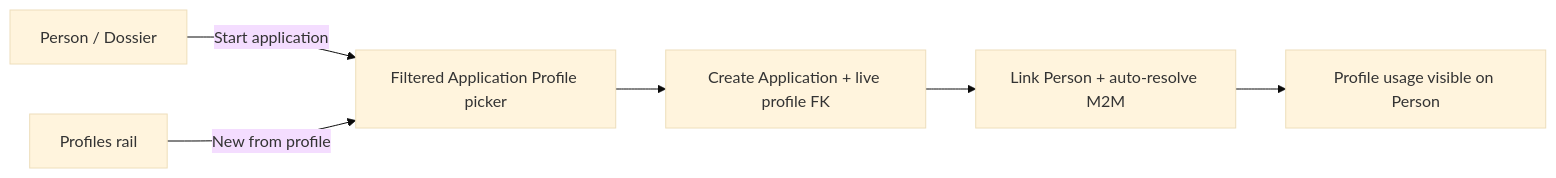
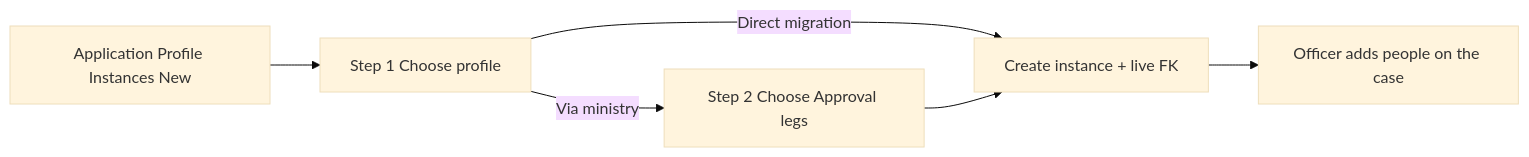
One commit to webapis/Visa2026 changed the second of 4 diagrams in docs/APPLICATION_PROFILE_PLAN.md. Above: the diagram before and after it, drawn with Mermaid (base theme). The commit also changed other lines of this file and 42 other files, not shown here.

First line of the commit message:
Color Case summary empty, default, and officer-filled fields and keep Edit dropdowns visible after save.

````diff
--- a/docs/APPLICATION_PROFILE_PLAN.md
+++ b/docs/APPLICATION_PROFILE_PLAN.md
@@ -286,8 +279,9 @@
 ```mermaid
 flowchart LR
-  P[Person / Dossier] -->|Start application| Pick[Filtered Application Profile picker]
-  Rail[Profiles rail] -->|New from profile| Pick
-  Pick --> App[Create Application + live profile FK]
-  App --> Link[Link Person + auto-resolve M2M]
-  Link --> Track[Profile usage visible on Person]
+  List[Application Profile Instances New]
+  List --> Pick[Step 1 Choose profile]
+  Pick -->|Via ministry| Legs[Step 2 Choose Approval legs]
+  Pick -->|Direct migration| App[Create instance + live FK]
+  Legs --> App
+  App --> Case[Officer adds people on the case]
 ```
````
